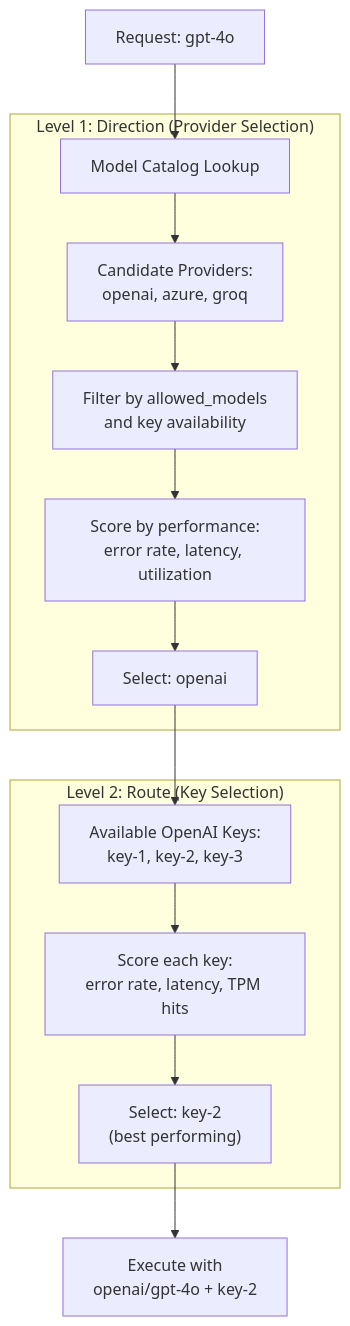
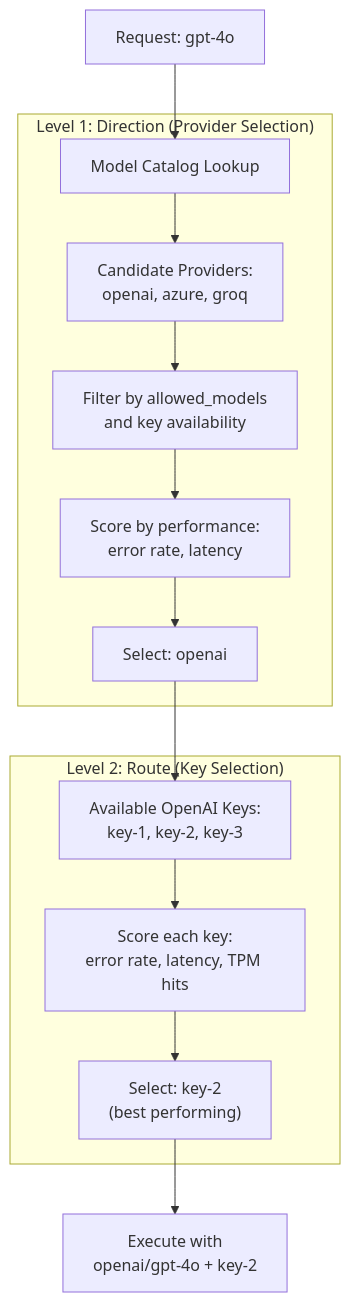
The first of 3 diagrams in docs/providers/provider-routing.mdx (akhsaul/bifrost), drawn with Mermaid before and after one commit. The commit also changed other lines of this file and 5 other files, not shown here.

````diff
--- a/docs/providers/provider-routing.mdx
+++ b/docs/providers/provider-routing.mdx
@@ -1054,21 +1054,21 @@
 ```mermaid
 flowchart TB
     Request["Request: gpt-4o"]
 
     subgraph Level1["Level 1: Direction (Provider Selection)"]
         Cat["Model Catalog Lookup"]
         Providers["Candidate Providers:<br/>openai, azure, groq"]
         Filter["Filter by allowed_models<br/>and key availability"]
-        Score["Score by performance:<br/>error rate, latency, utilization"]
+        Score["Score by performance:<br/>error rate, latency"]
         Select["Select: openai"]
     end
 
     subgraph Level2["Level 2: Route (Key Selection)"]
         Keys["Available OpenAI Keys:<br/>key-1, key-2, key-3"]
         KeyScore["Score each key:<br/>error rate, latency, TPM hits"]
         KeySelect["Select: key-2<br/>(best performing)"]
     end
 
     Request --> Cat --> Providers --> Filter --> Score --> Select
     Select --> Keys --> KeyScore --> KeySelect --> Response["Execute with<br/>openai/gpt-4o + key-2"]
 ```
````
